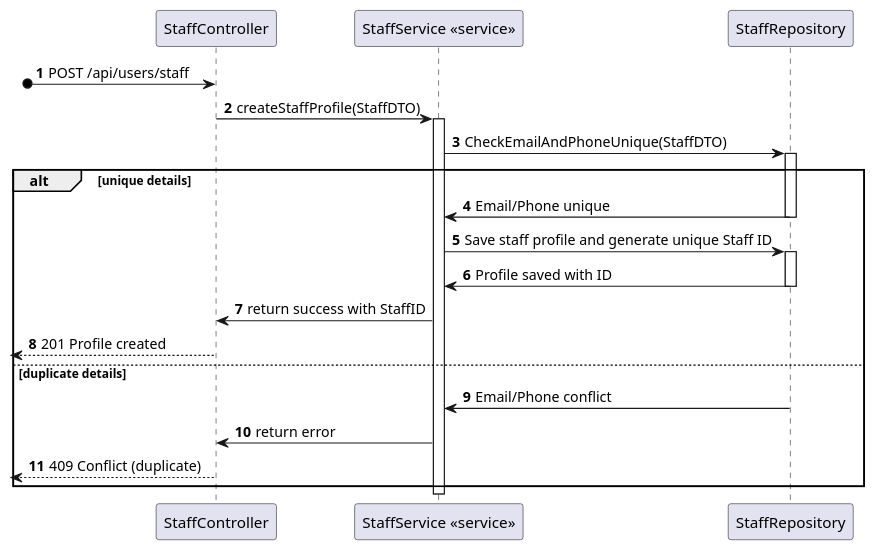
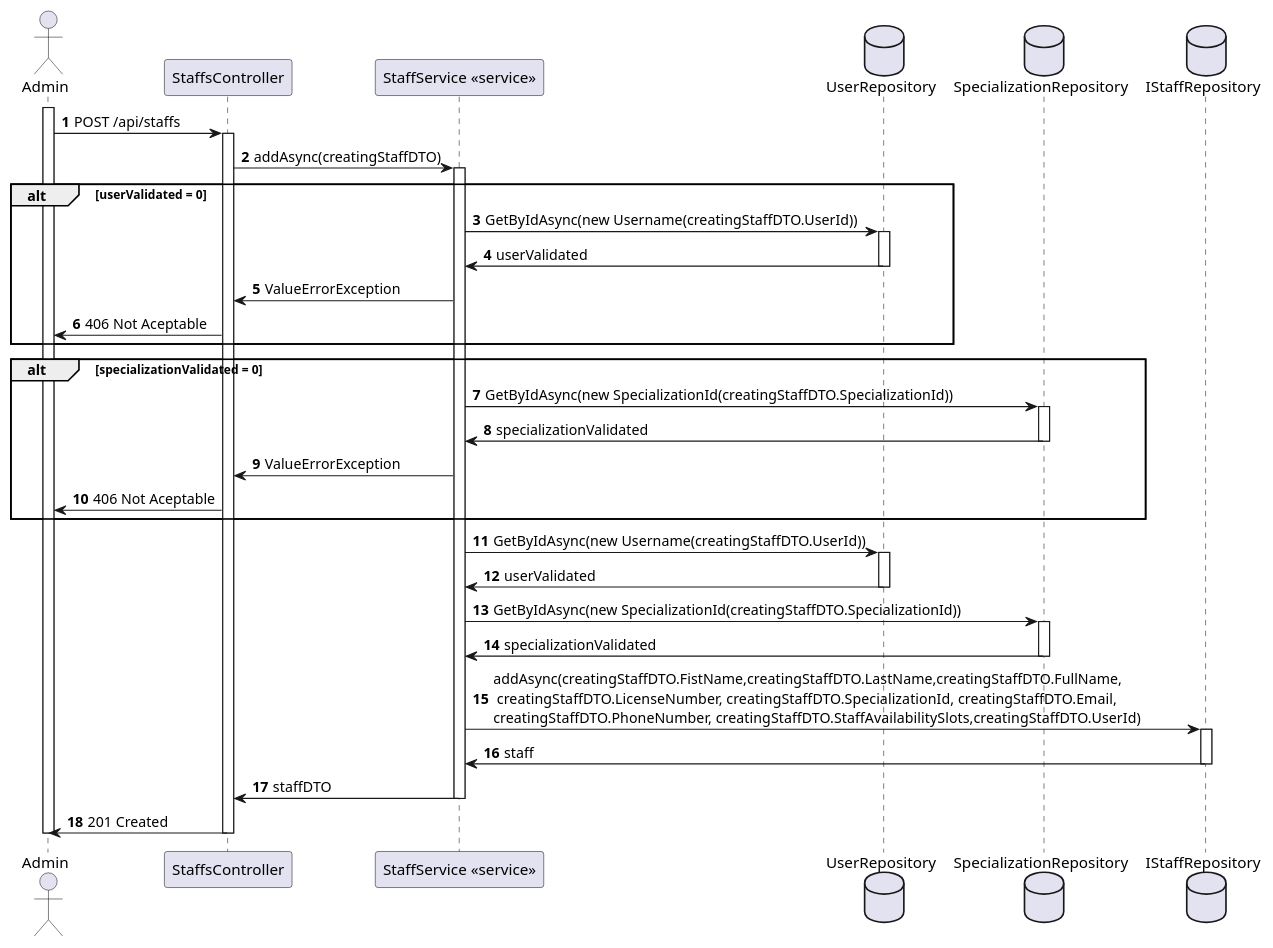
The diagram in docs/StaffProfileCreate/views/level3/process-view2.puml (Lapr5G21/sem5pi-24-25-3ddg21), drawn with PlantUML before and after one commit. The commit also changed 7 other files, not shown here.

Commit message:
Completed Diagrams #12

```diff
--- a/docs/StaffProfileCreate/views/level3/process-view2.puml
+++ b/docs/StaffProfileCreate/views/level3/process-view2.puml
@@ -1,37 +1,80 @@
-@startuml
+@startuml 
 autonumber
-participant CTRL as "StaffController"
+actor Admin as "Admin"
+participant CTRL as "StaffsController"
 participant SERVICE as "StaffService <<service>>"
-participant STAFFREPO as "StaffRepository"
+database UserRepository as "UserRepository"
+database SpecializationRepository as "SpecializationRepository"
+database IOperationRequestRepository as "IStaffRepository"
 
-?o-> CTRL : POST /api/users/staff
+activate Admin
 
-CTRL -> SERVICE : createStaffProfile(StaffDTO)
+Admin -> CTRL : POST /api/staffs
+activate CTRL
+
+CTRL -> SERVICE : addAsync(creatingStaffDTO)
 activate SERVICE
 
-SERVICE -> STAFFREPO : CheckEmailAndPhoneUnique(StaffDTO)
-activate STAFFREPO
+alt userValidated = 0 
 
-alt unique details
-    STAFFREPO -> SERVICE : Email/Phone unique
-    deactivate STAFFREPO
+SERVICE -> UserRepository : GetByIdAsync(new Username(creatingStaffDTO.UserId))
 
-    SERVICE -> STAFFREPO : Save staff profile and generate unique Staff ID
-    activate STAFFREPO
+activate UserRepository 
 
-    STAFFREPO -> SERVICE : Profile saved with ID
-    deactivate STAFFREPO
+UserRepository -> SERVICE : userValidated
 
-    SERVICE -> CTRL : return success with StaffID
-    <-- CTRL : 201 Profile created
-else duplicate details
-    STAFFREPO -> SERVICE : Email/Phone conflict
-    deactivate STAFFREPO
+deactivate UserRepository
 
-    SERVICE -> CTRL : return error
-    <-- CTRL : 409 Conflict (duplicate)
-end
+SERVICE -> CTRL : ValueErrorException
 
-deactivate SERVICE
-deactivate CTRL
+CTRL -> Admin : 406 Not Aceptable
+end alt 
+
+alt specializationValidated = 0 
+
+SERVICE -> SpecializationRepository : GetByIdAsync(new SpecializationId(creatingStaffDTO.SpecializationId))
+
+activate SpecializationRepository 
+
+SpecializationRepository -> SERVICE : specializationValidated
+
+deactivate SpecializationRepository
+
+SERVICE -> CTRL : ValueErrorException
+
+CTRL -> Admin : 406 Not Aceptable
+end alt 
+
+SERVICE -> UserRepository :  GetByIdAsync(new Username(creatingStaffDTO.UserId))
+
+activate UserRepository 
+
+UserRepository -> SERVICE : userValidated
+
+deactivate UserRepository
+
+SERVICE -> SpecializationRepository : GetByIdAsync(new SpecializationId(creatingStaffDTO.SpecializationId))
+
+activate SpecializationRepository 
+
+SpecializationRepository -> SERVICE : specializationValidated
+
+deactivate SpecializationRepository
+SERVICE -> IOperationRequestRepository : addAsync(creatingStaffDTO.FistName,creatingStaffDTO.LastName,creatingStaffDTO.FullName,\n creatingStaffDTO.LicenseNumber, creatingStaffDTO.SpecializationId, creatingStaffDTO.Email,\ncreatingStaffDTO.PhoneNumber, creatingStaffDTO.StaffAvailabilitySlots,creatingStaffDTO.UserId)
+
+activate IOperationRequestRepository 
+
+IOperationRequestRepository -> SERVICE : staff
+deactivate IOperationRequestRepository
+
+
+SERVICE -> CTRL : staffDTO
+
+deactivate SERVICE 
+
+CTRL -> Admin : 201 Created
+
+deactivate CTRL 
+
+deactivate Admin
 @enduml
```
